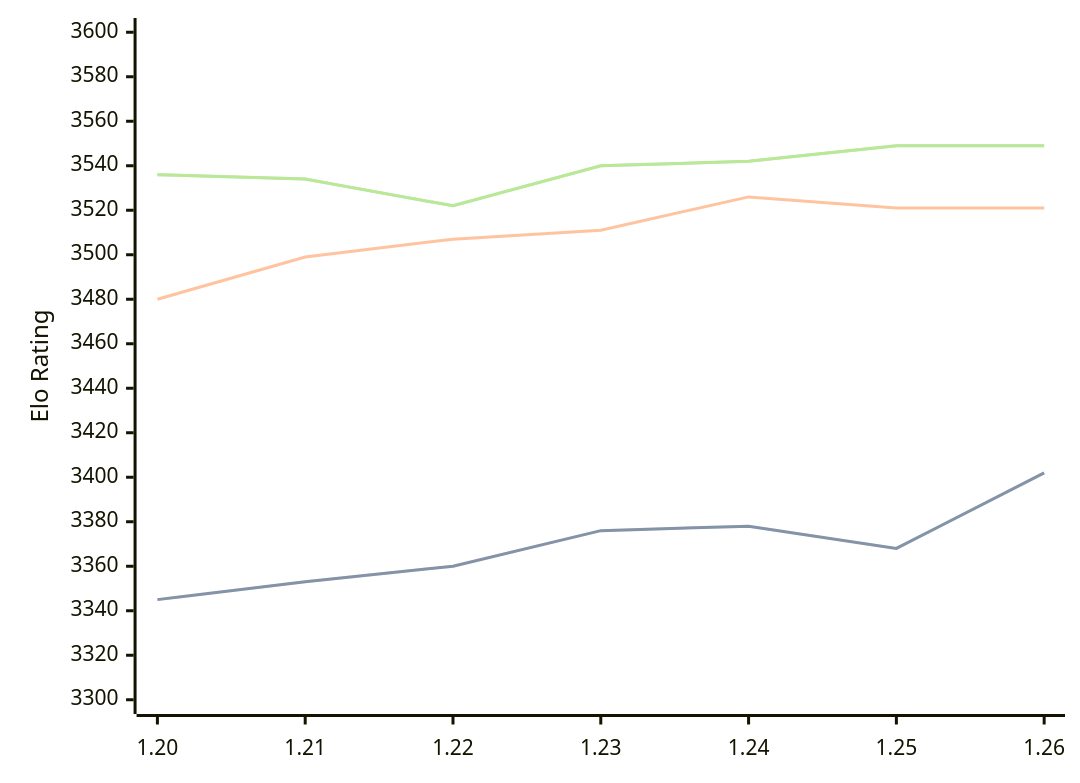
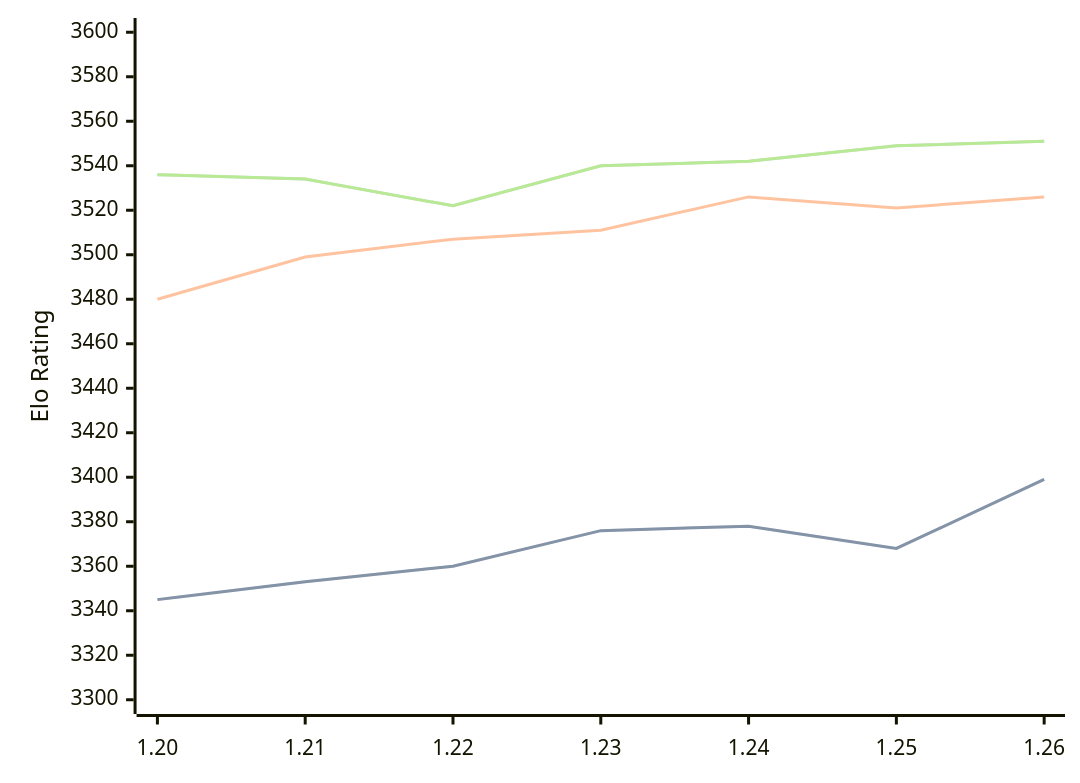
Before and after one commit to computer-chess-index/cci: the diagram in engines/Caissa.md, drawn with Mermaid. The commit also changed other lines of this file, not shown here.

Commit message:
Update CCI Ratings (ELO VLTC) - 2026-08-16

````diff
--- a/engines/Caissa.md
+++ b/engines/Caissa.md
@@ -37,11 +37,11 @@
 ```mermaid
 %%{init: {"theme":"base","themeVariables":{"seriesColors:['#a3a3a3','#222221','#faa371']}}}%%
 xychart-beta
   x-axis ["1.20", "1.21", "1.22", "1.23", "1.24", "1.25", "1.26"]
   y-axis "Elo Rating" 3300 --> 3600
-  line "STC (8.0+0.08s)" [3345, 3353, 3360, 3376, 3378, 3368, 3402]
-  line "STC (8.0+0.08s)" [3345, 3353, 3360, 3376, 3378, 3368, 3402]
-  line "LTC (60.0+0.60s)" [3480, 3499, 3507, 3511, 3526, 3521, 3521]
-  line "VLTC (2m24s+1.12s)" [3536, 3534, 3522, 3540, 3542, 3549, 3549]
-  line "VLTC (2m24s+1.12s)" [3536, 3534, 3522, 3540, 3542, 3549, 3549]
+  line "STC (8.0+0.08s)" [3345, 3353, 3360, 3376, 3378, 3368, 3399]
+  line "STC (8.0+0.08s)" [3345, 3353, 3360, 3376, 3378, 3368, 3399]
+  line "LTC (60.0+0.60s)" [3480, 3499, 3507, 3511, 3526, 3521, 3526]
+  line "VLTC (2m24s+1.12s)" [3536, 3534, 3522, 3540, 3542, 3549, 3551]
+  line "VLTC (2m24s+1.12s)" [3536, 3534, 3522, 3540, 3542, 3549, 3551]
 ```
````
